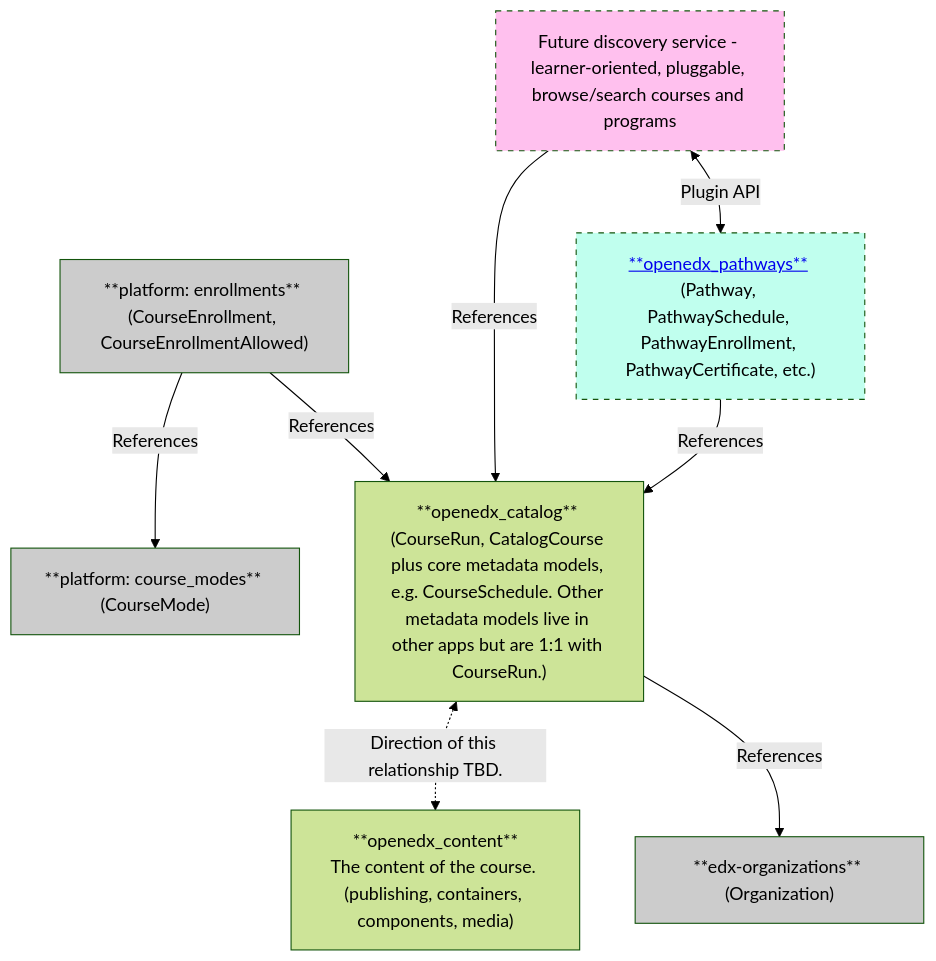
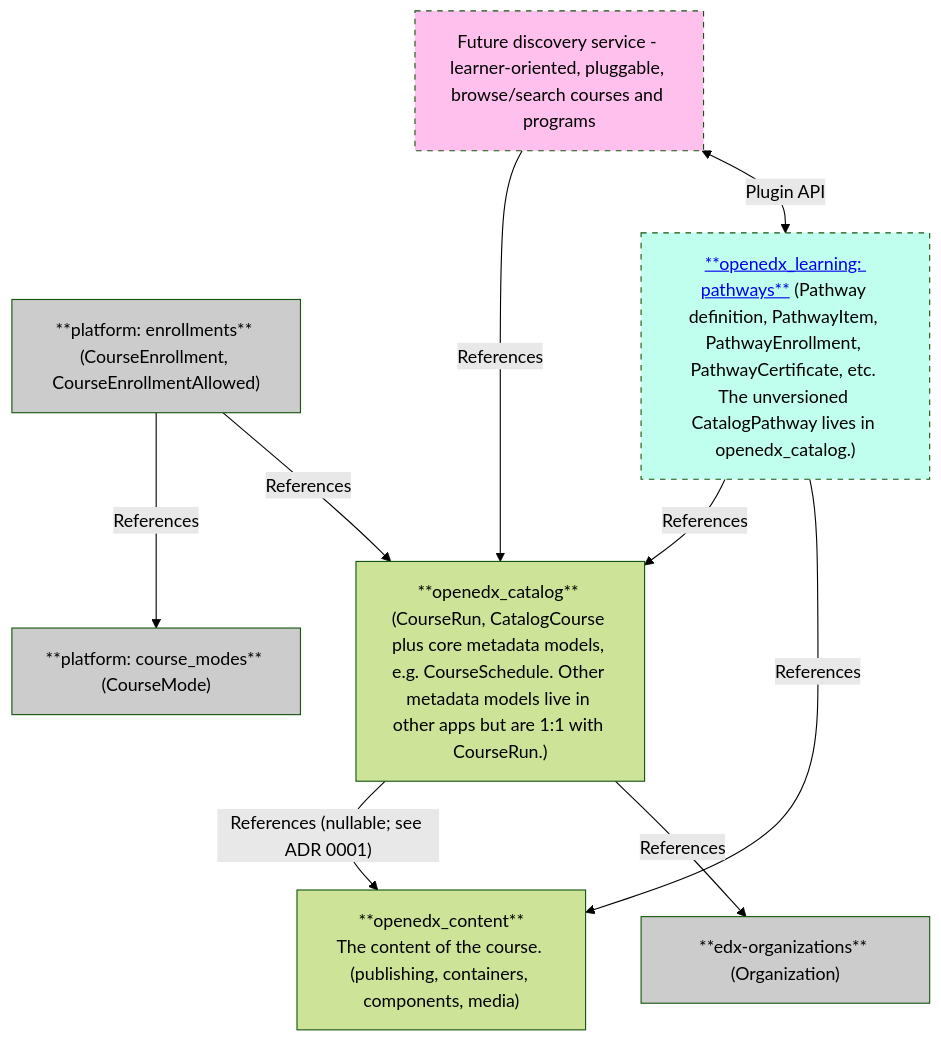
One commit to openedx/openedx-core changed the diagram in src/openedx_catalog/ARCHITECTURE.md. Above: the diagram before and after it, drawn with Mermaid. The commit also changed 8 other files, not shown here.

Commit message:
docs: ADR for usage of Open edX Catalog models

````diff
--- a/src/openedx_catalog/ARCHITECTURE.md
+++ b/src/openedx_catalog/ARCHITECTURE.md
@@ -7,29 +7,30 @@
 ```mermaid
 ---
 config:
   theme: 'forest'
 ---
 flowchart TB
     Catalog["**openedx_catalog** (CourseRun, CatalogCourse plus core metadata models, e.g. CourseSchedule. Other metadata models live in other apps but are 1:1 with CourseRun.)"]
     Content["**openedx_content**<br>The content of the course. (publishing, containers, components, media)"]
     Organizations["**edx-organizations** (Organization)"]
     Enrollments["**platform: enrollments** (CourseEnrollment, CourseEnrollmentAllowed)"]
     Modes["**platform: course_modes** (CourseMode)"]
-    Catalog <-. "Direction of this relationship TBD." .-> Content
+    Catalog -- "References (nullable; see ADR 0001)" --> Content
     Catalog -- References --> Organizations
     Enrollments -- References --> Modes
     Enrollments -- References --> Catalog
 
     style Enrollments fill:#ccc
     style Modes fill:#ccc
     style Organizations fill:#ccc
 
-    Pathways["<a href='https://openedx.atlassian.net/wiki/spaces/OEPM/pages/5148147732/Brief+Modular+Content+Delivery+-+Platform+Strategy'>**openedx_pathways**</a> (Pathway, PathwaySchedule, PathwayEnrollment, PathwayCertificate, etc.)"]
+    Pathways["<a href='https://openedx.atlassian.net/wiki/spaces/OEPM/pages/5148147732/Brief+Modular+Content+Delivery+-+Platform+Strategy'>**openedx_learning: pathways**</a> (Pathway definition, PathwayItem, PathwayEnrollment, PathwayCertificate, etc. The unversioned CatalogPathway lives in openedx_catalog.)"]
     Pathways -- References --> Catalog
+    Pathways -- References --> Content
 
     style Pathways fill:#c0ffee,stroke-dasharray: 5 5
 
     FutureCatalog["Future discovery service - learner-oriented, pluggable, browse/search courses and programs"] -- References --> Catalog
     FutureCatalog <-- Plugin API --> Pathways
     style FutureCatalog fill:#ffc0ee,stroke-dasharray: 5 5
 ```
````
